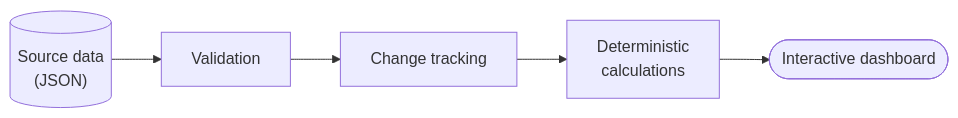
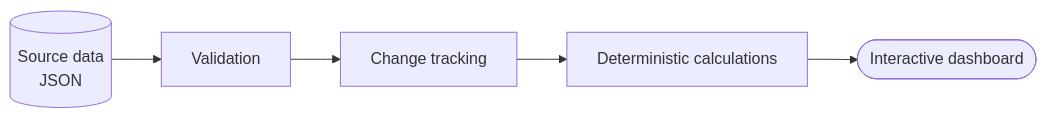
Before and after one commit to GalangPutraMaulana19/GalangPutraMaulana19: the second of 2 diagrams in README.md, drawn with Mermaid. The commit also changed other lines of this file, not shown here.

````diff
--- a/README.md
+++ b/README.md
@@ -109,7 +130,7 @@
 ```mermaid
 flowchart LR
-    A[("Source data<br/>(JSON)")] --> B["Validation"]
-    B --> C["Change tracking"]
-    C --> D["Deterministic<br/>calculations"]
-    D --> E(["Interactive dashboard"])
+    A[(Source data<br/>JSON)] --> B[Validation]
+    B --> C[Change tracking]
+    C --> D[Deterministic calculations]
+    D --> E([Interactive dashboard])
 ```
````
